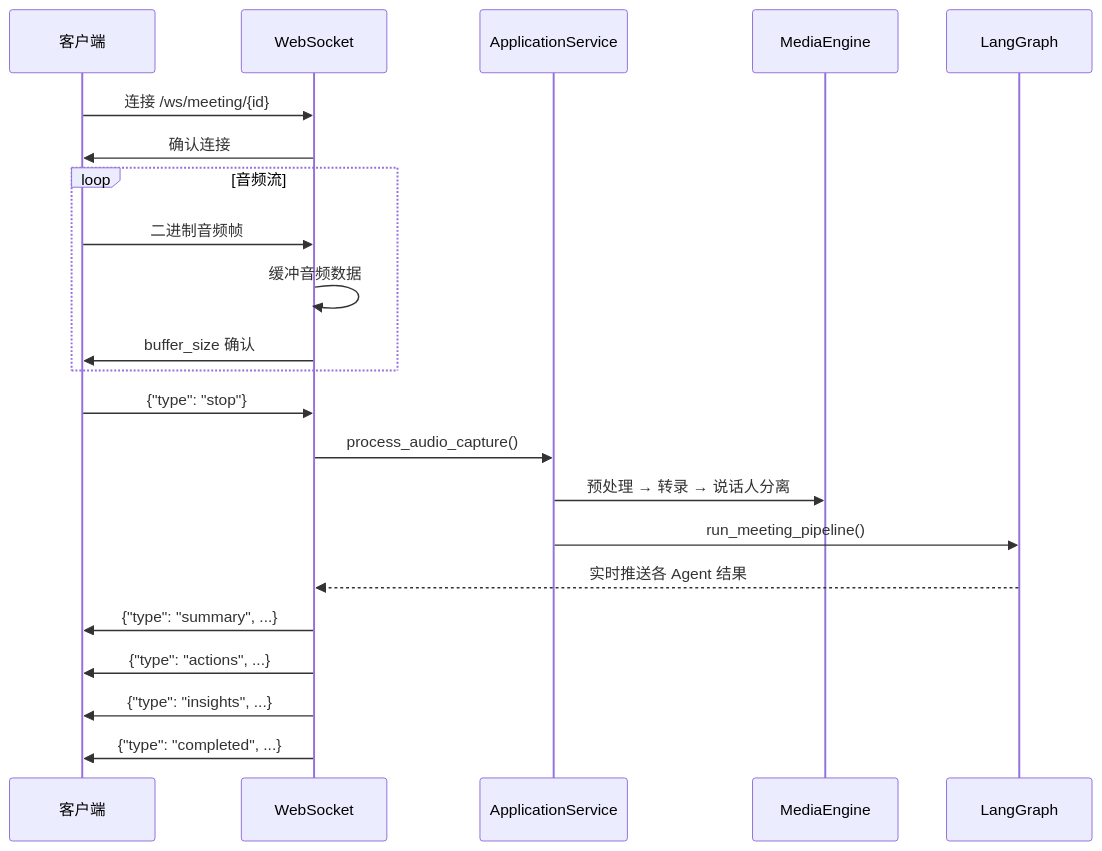
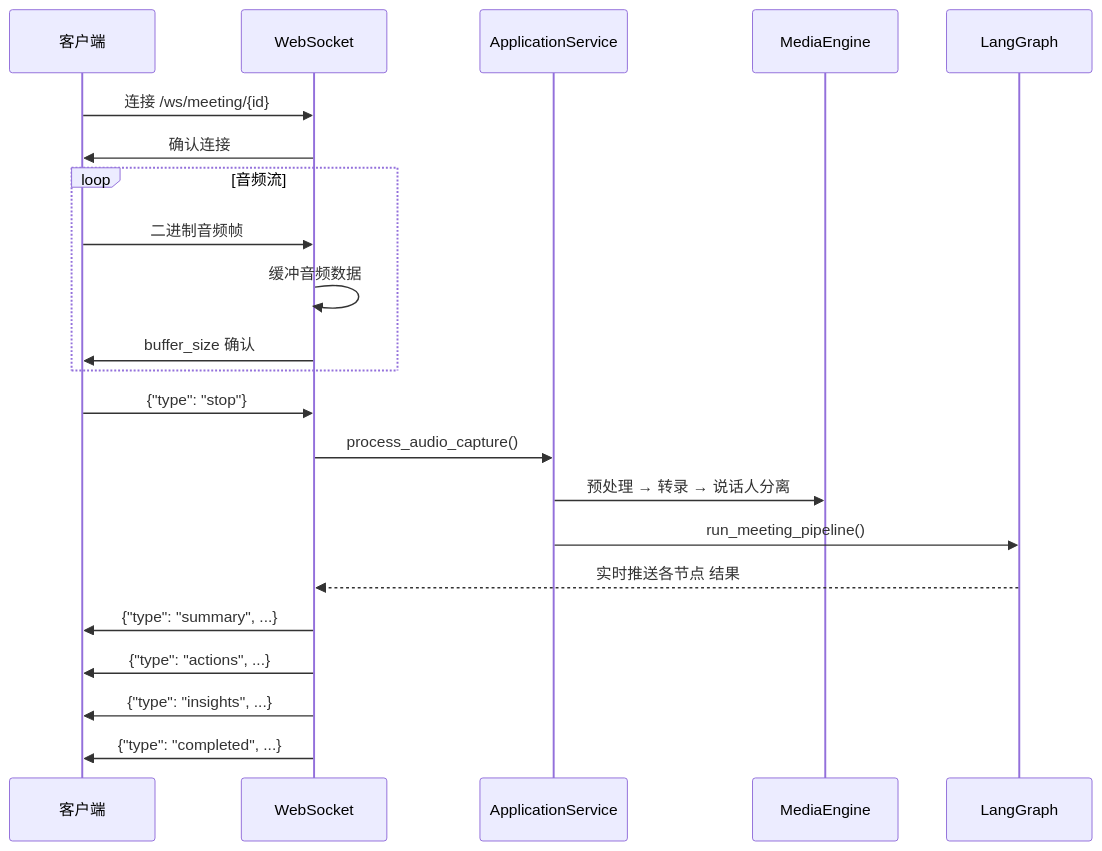
Before and after one commit to drfgjko/smartmeet-agent-suite: the third of 5 diagrams in docs/architecture.md, drawn with Mermaid. The commit also changed other lines of this file and 4 other files, not shown here.

````diff
--- a/docs/architecture.md
+++ b/docs/architecture.md
@@ -210,29 +207,29 @@
 ```mermaid
 sequenceDiagram
     participant Client as 客户端
     participant WS as WebSocket
     participant App as ApplicationService
     participant Media as MediaEngine
     participant Graph as LangGraph
 
     Client->>WS: 连接 /ws/meeting/{id}
     WS->>Client: 确认连接
     
     loop 音频流
         Client->>WS: 二进制音频帧
         WS->>WS: 缓冲音频数据
         WS->>Client: buffer_size 确认
     end
 
     Client->>WS: {"type": "stop"}
     WS->>App: process_audio_capture()
     
     App->>Media: 预处理 → 转录 → 说话人分离
     App->>Graph: run_meeting_pipeline()
     
-    Graph-->>WS: 实时推送各 Agent 结果
+    Graph-->>WS: 实时推送各节点 结果
     WS->>Client: {"type": "summary", ...}
     WS->>Client: {"type": "actions", ...}
     WS->>Client: {"type": "insights", ...}
     WS->>Client: {"type": "completed", ...}
 ```
````
